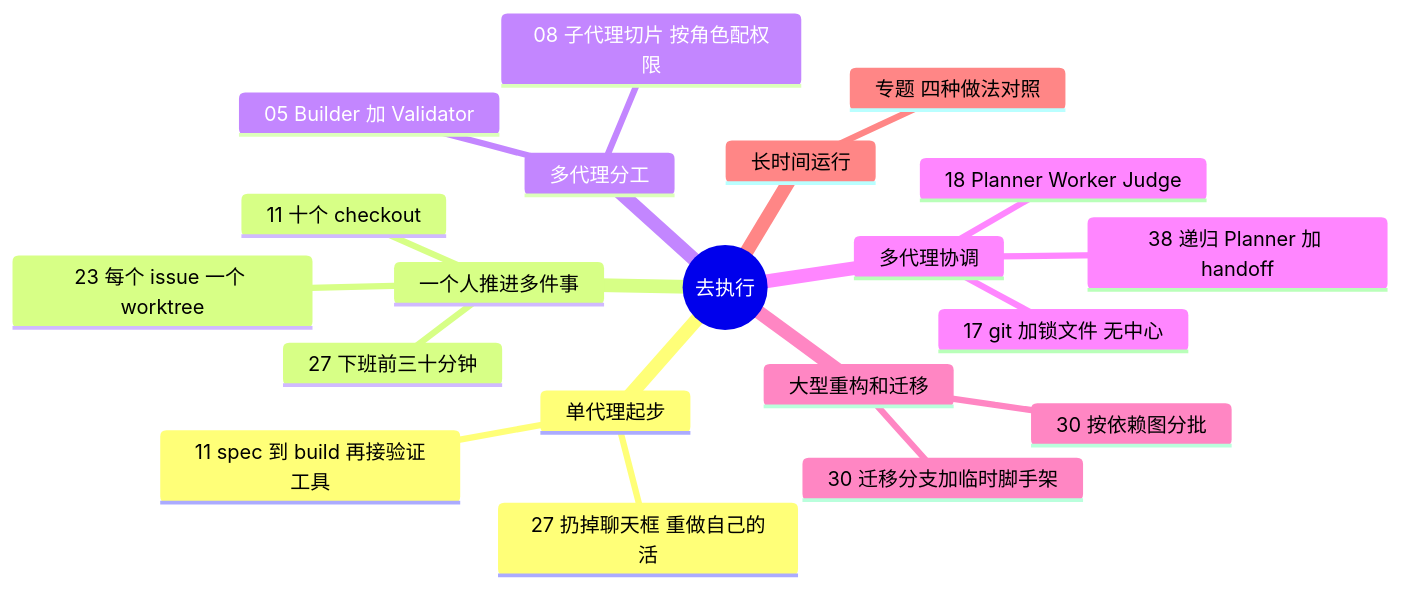
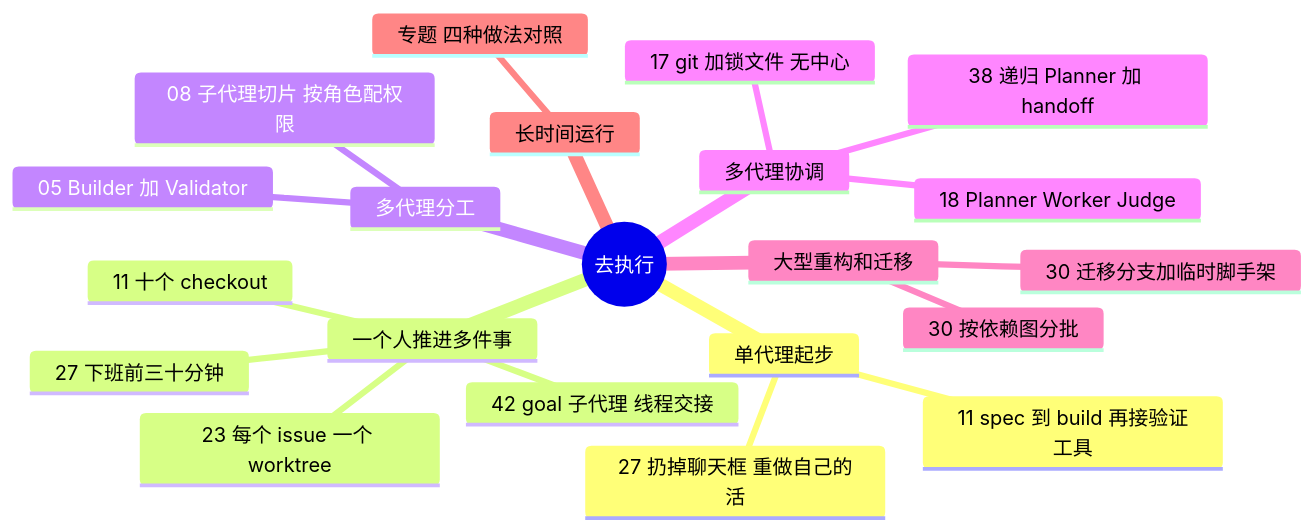
The diagram in docs/guide/execution.md (yzw7489757/ai-coding-videos), drawn with Mermaid before and after one commit. The commit also changed other lines of this file and 28 other files, not shown here.

````diff
--- a/docs/guide/execution.md
+++ b/docs/guide/execution.md
@@ -13,23 +13,24 @@
 ```mermaid
 mindmap
   root((去执行))
     单代理起步
       27 扔掉聊天框 重做自己的活
       11 spec 到 build 再接验证工具
     一个人推进多件事
+      42 goal 子代理 线程交接
       11 十个 checkout
       23 每个 issue 一个 worktree
       27 下班前三十分钟
     多代理分工
       05 Builder 加 Validator
       08 子代理切片 按角色配权限
     多代理协调
       17 git 加锁文件 无中心
       18 Planner Worker Judge
       38 递归 Planner 加 handoff
     大型重构和迁移
       30 按依赖图分批
       30 迁移分支加临时脚手架
     长时间运行
       专题 四种做法对照
 ```
````
